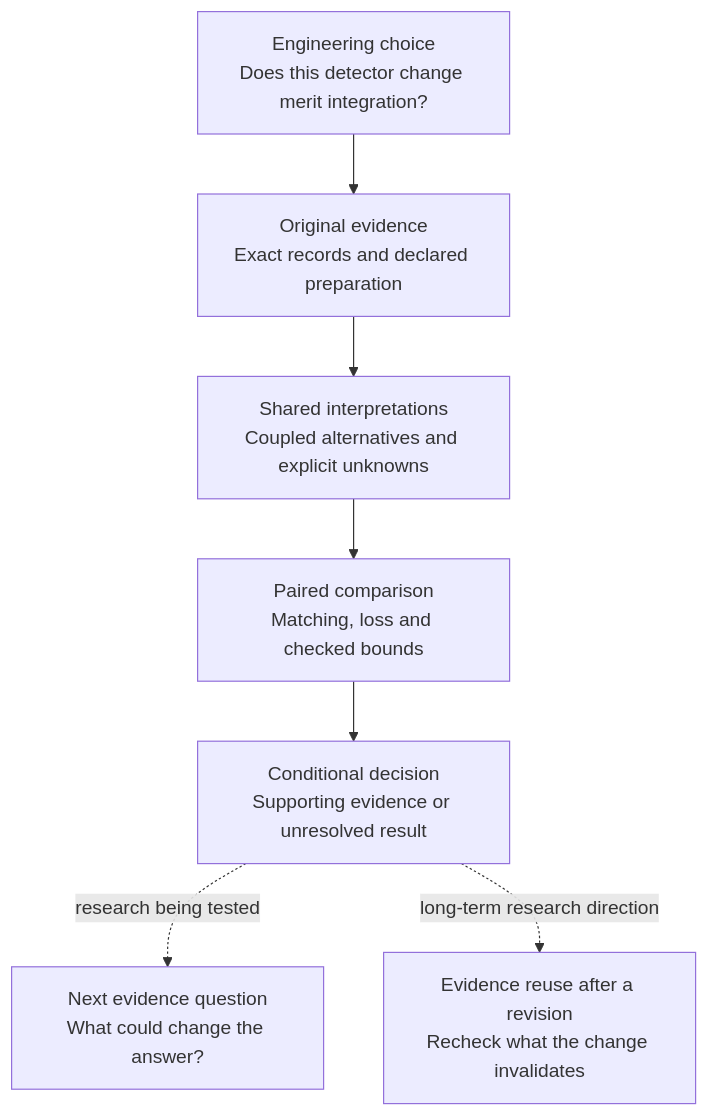
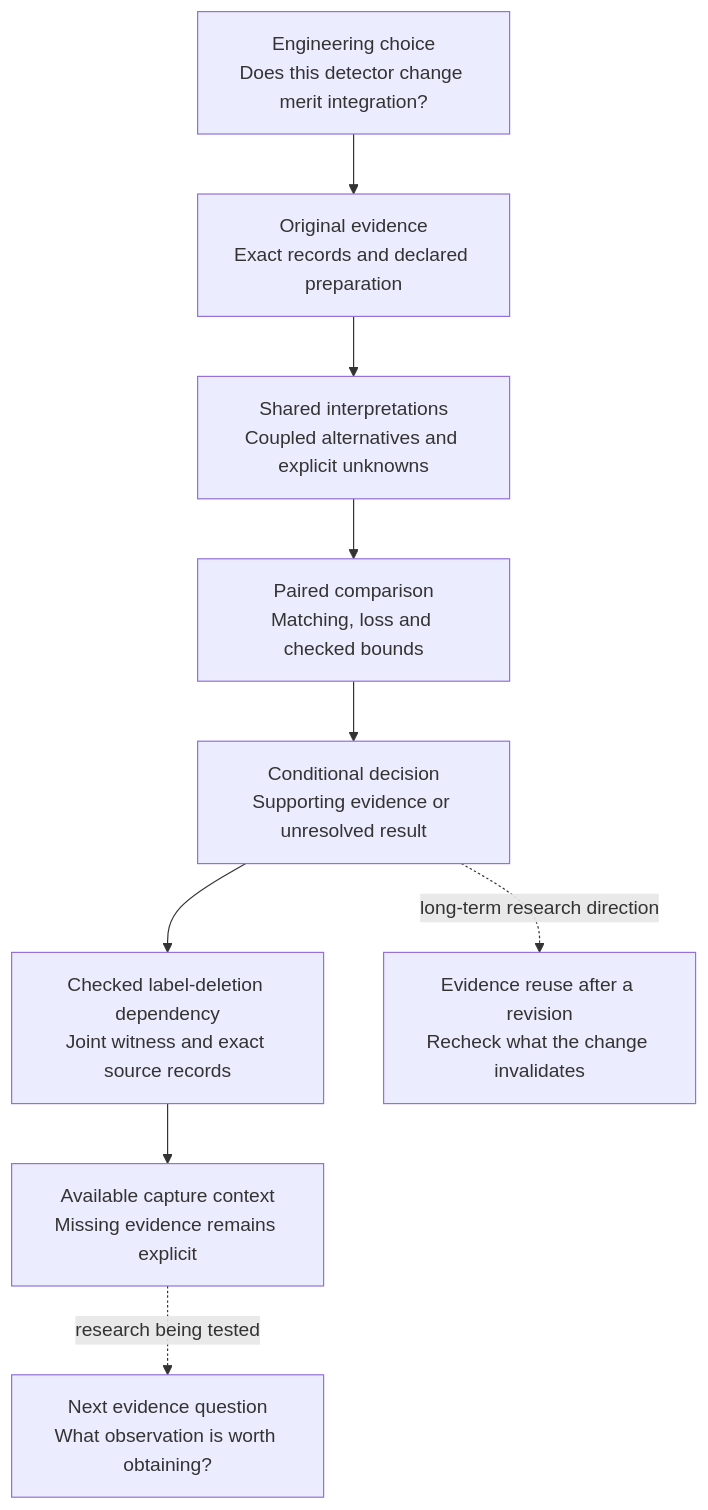
One commit to manfromnowhere143/reiyah changed the diagram in docs/PRODUCT_AND_FUNDING_THESIS_2026-09-14.md. Above: the diagram before and after it, drawn with Mermaid. The commit also changed other lines of this file and 9 other files, not shown here.

Commit message:
Open checked annotation dependencies through original source records

````diff
--- a/docs/PRODUCT_AND_FUNDING_THESIS_2026-09-14.md
+++ b/docs/PRODUCT_AND_FUNDING_THESIS_2026-09-14.md
@@ -43,10 +44,12 @@
 ```mermaid
 flowchart TB
   Q["Engineering choice<br/>Does this detector change merit integration?"]
   Q --> S["Original evidence<br/>Exact records and declared preparation"]
   S --> W["Shared interpretations<br/>Coupled alternatives and explicit unknowns"]
   W --> C["Paired comparison<br/>Matching, loss and checked bounds"]
   C --> D["Conditional decision<br/>Supporting evidence or unresolved result"]
-  D -. "research being tested" .-> N["Next evidence question<br/>What could change the answer?"]
+  D --> L["Checked label-deletion dependency<br/>Joint witness and exact source records"]
+  L --> O["Available capture context<br/>Missing evidence remains explicit"]
+  O -. "research being tested" .-> N["Next evidence question<br/>What observation is worth obtaining?"]
   D -. "long-term research direction" .-> R["Evidence reuse after a revision<br/>Recheck what the change invalidates"]
 ```
````
